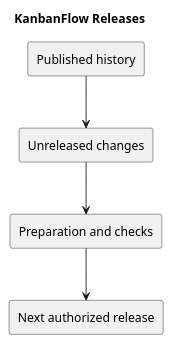
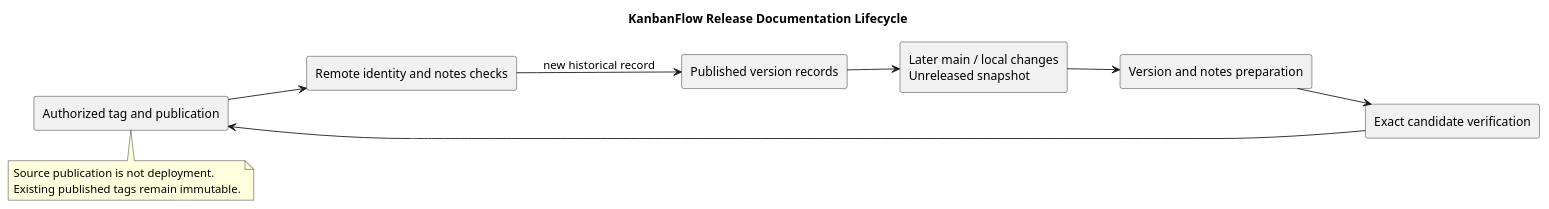
The diagram in docs/Releases/README.md (Farhad-Valizadegan/Web-KanbanFlow), drawn with PlantUML before and after one commit. The commit also changed other lines of this file and 2 other files, not shown here.

Commit message:
docs: complete release index and delivery evidence guidance

````diff
--- a/docs/Releases/README.md
+++ b/docs/Releases/README.md
@@ -37,12 +114,22 @@
 ```plantuml
 @startuml
-title KanbanFlow Releases
-rectangle "Published history" as H
-rectangle "Unreleased changes" as U
-rectangle "Preparation and checks" as C
-rectangle "Next authorized release" as R
+title KanbanFlow Release Documentation Lifecycle
+left to right direction
+rectangle "Published version records" as H
+rectangle "Later main / local changes\nUnreleased snapshot" as U
+rectangle "Version and notes preparation" as P
+rectangle "Exact candidate verification" as V
+rectangle "Authorized tag and publication" as R
+rectangle "Remote identity and notes checks" as C
 H --> U
-U --> C
-C --> R
+U --> P
+P --> V
+V --> R
+R --> C
+C --> H : new historical record
+note bottom of R
+Source publication is not deployment.
+Existing published tags remain immutable.
+end note
 @enduml
 ```
````
